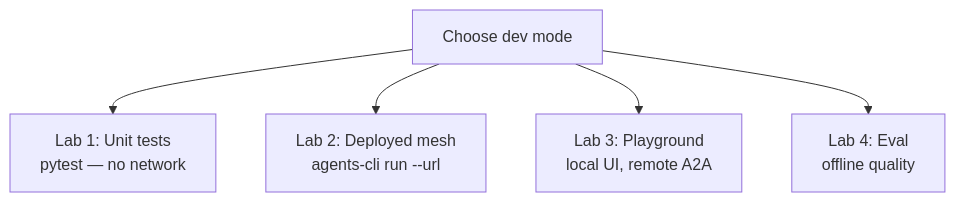
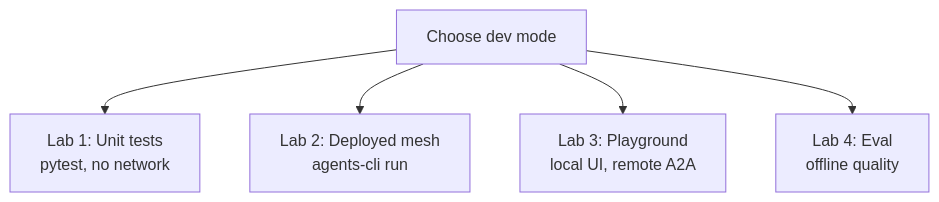
One commit to yu-iskw/agent-cli-demo changed the fifth of 6 diagrams in docs/guides/01-local-mesh.md. Above: the diagram before and after it, drawn with Mermaid. The commit also changed other lines of this file and 22 other files, not shown here.

````diff
--- a/docs/guides/01-local-mesh.md
+++ b/docs/guides/01-local-mesh.md
@@ -182,13 +311,13 @@
 ```mermaid
 flowchart TD
   Start["Choose dev mode"]
-  U["Lab 1: Unit tests<br/>pytest — no network"]
-  D["Lab 2: Deployed mesh<br/>agents-cli run --url"]
+  U["Lab 1: Unit tests<br/>pytest, no network"]
+  D["Lab 2: Deployed mesh<br/>agents-cli run"]
   P["Lab 3: Playground<br/>local UI, remote A2A"]
   E["Lab 4: Eval<br/>offline quality"]
 
   Start --> U
   Start --> D
   Start --> P
   Start --> E
 ```
````
